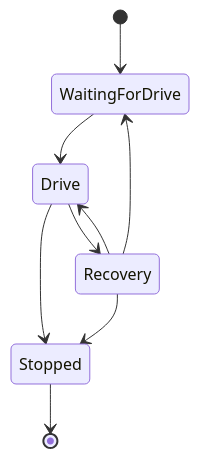
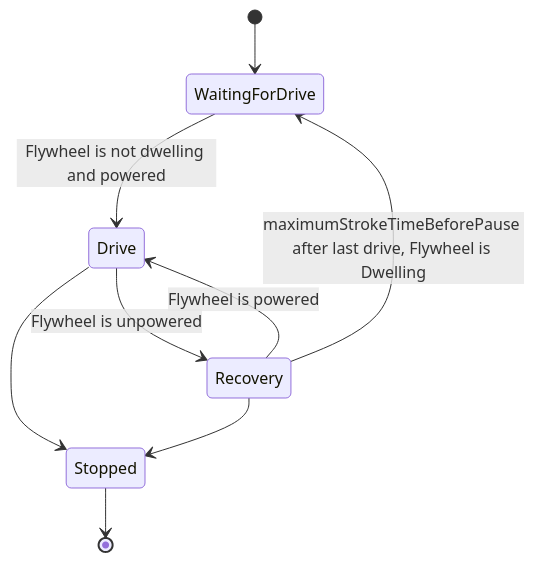
The fourth of 4 diagrams in docs/Architecture.md (laberning/openrowingmonitor), drawn with Mermaid before and after one commit. The commit also changed other lines of this file, not shown here.

````diff
--- a/docs/Architecture.md
+++ b/docs/Architecture.md
@@ -92,11 +93,11 @@
 ```mermaid
 stateDiagram-v2
     [*] --> WaitingForDrive
-    WaitingForDrive --> Drive
-    Drive --> Recovery
-    Recovery --> Drive
-    Recovery --> WaitingForDrive
+    WaitingForDrive --> Drive: Flywheel is not dwelling and powered
+    Drive --> Recovery: Flywheel is unpowered
+    Recovery --> Drive: Flywheel is powered
+    Recovery --> WaitingForDrive: maximumStrokeTimeBeforePause after last drive, Flywheel is Dwelling
     Drive --> Stopped
     Recovery --> Stopped
     Stopped --> [*]
 ```
````
